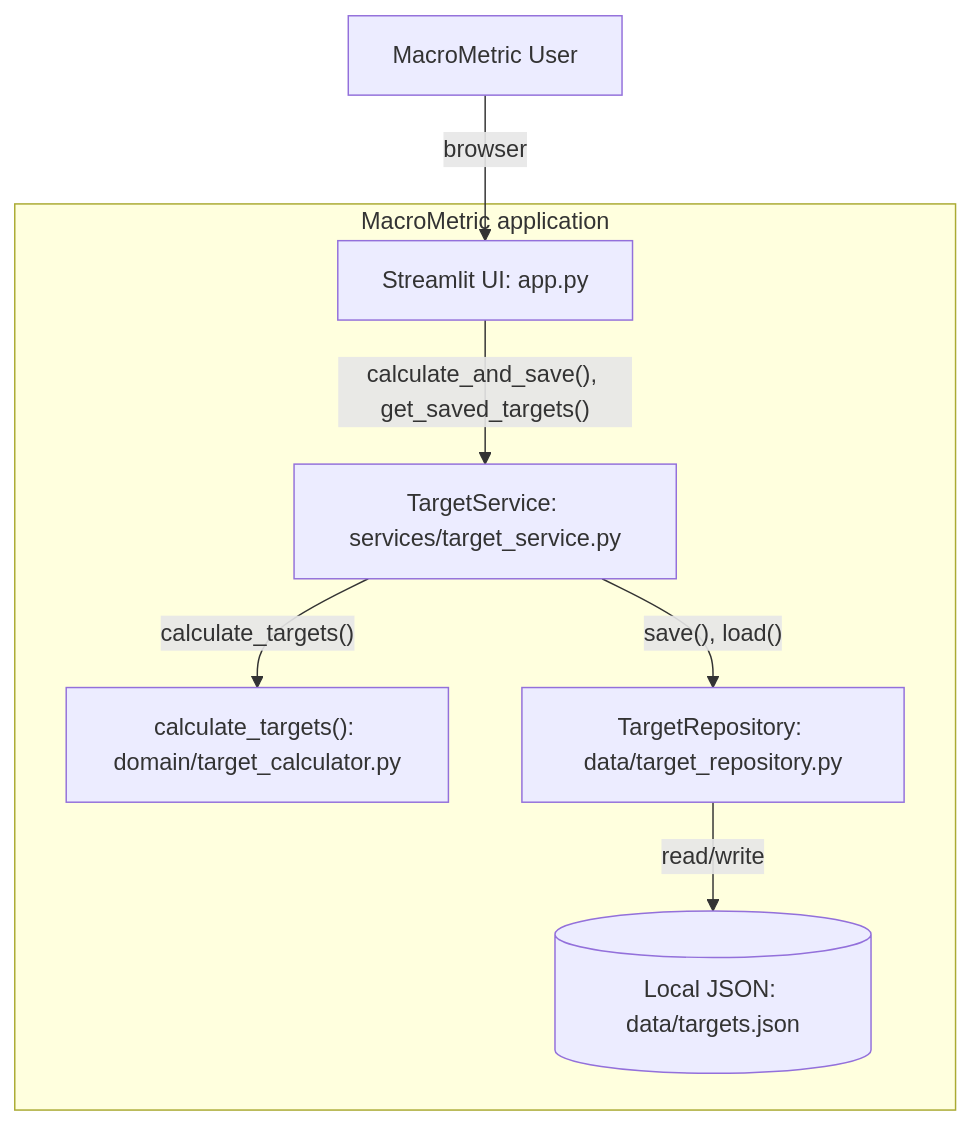
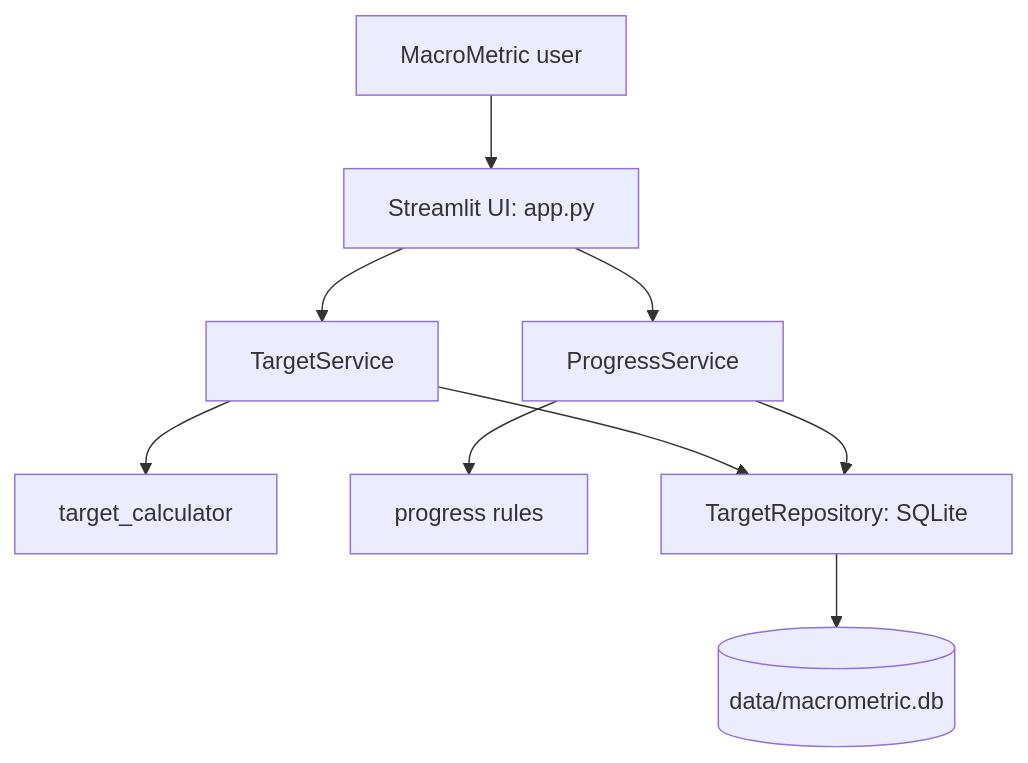
One commit to CMend137/cen5064-project-mendoza changed the first of 3 diagrams in README.md. Above: the diagram before and after it, drawn with Mermaid. The commit also changed other lines of this file and 13 other files, not shown here.

Commit message:
feat: add SQLite persistence, CRUD, and Streamlit dashboard

````diff
--- a/README.md
+++ b/README.md
@@ -106,16 +75,11 @@
 ```mermaid
 flowchart TB
-    user["MacroMetric User"]
-    subgraph mm["MacroMetric application"]
-        ui["Streamlit UI: app.py"]
-        svc["TargetService: services/target_service.py"]
-        calc["calculate_targets(): domain/target_calculator.py"]
-        repo["TargetRepository: data/target_repository.py"]
-        json[("Local JSON: data/targets.json")]
-    end
-    user -->|browser| ui
-    ui -->|"calculate_and_save(), get_saved_targets()"| svc
-    svc -->|"calculate_targets()"| calc
-    svc -->|"save(), load()"| repo
-    repo -->|"read/write"| json
+    user["MacroMetric user"] --> ui["Streamlit UI: app.py"]
+    ui --> ts["TargetService"]
+    ui --> ps["ProgressService"]
+    ts --> calc["target_calculator"]
+    ps --> rules["progress rules"]
+    ts --> repo["TargetRepository: SQLite"]
+    ps --> repo
+    repo --> db[("data/macrometric.db")]
 ```
````
